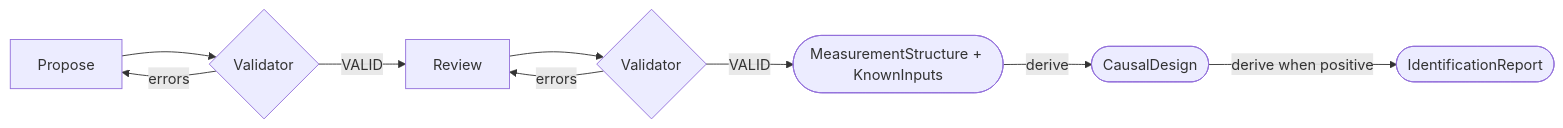
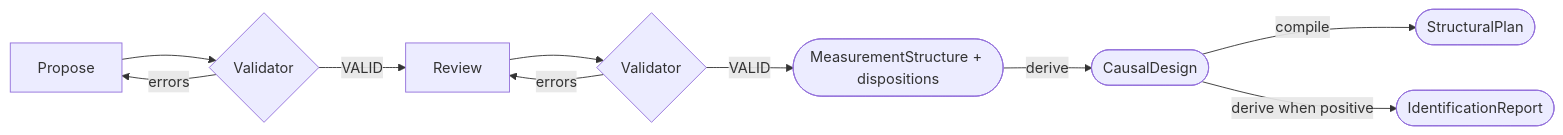
One commit to ma9o/causal-ssm-agent changed the diagram in docs/pipeline/measurement-structure.md. Above: the diagram before and after it, drawn with Mermaid. The commit also changed other lines of this file and 240 other files, not shown here.

````diff
--- a/docs/pipeline/measurement-structure.md
+++ b/docs/pipeline/measurement-structure.md
@@ -23,8 +23,9 @@
 ```mermaid
 flowchart LR
     P[Propose] --> V1{Validator} -- errors --> P
     V1 -- VALID --> R[Review] --> V2{Validator} -- errors --> R
-    V2 -- VALID --> M([MeasurementStructure + KnownInputs])
+    V2 -- VALID --> M([MeasurementStructure + dispositions])
     M -->|derive| C([CausalDesign])
+    C -->|compile| S([StructuralPlan])
     C -->|derive when positive| I([IdentificationReport])
 ```
````
